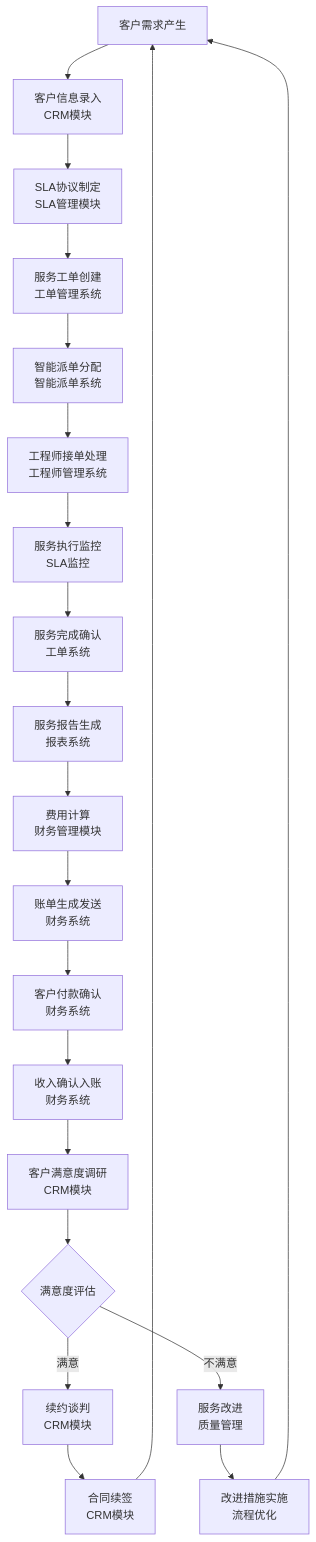
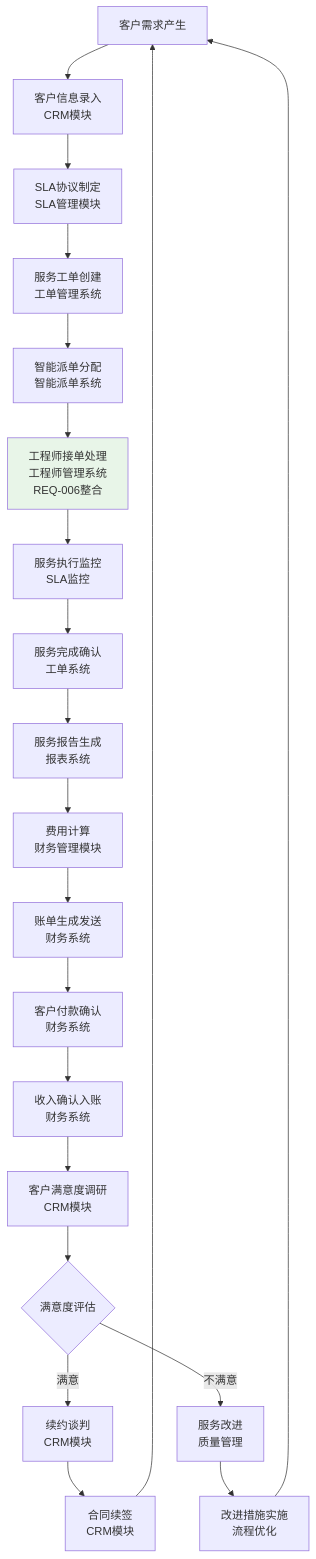
One commit to caiye1985/augment-portal changed the first of 7 diagrams in docs/global-context.md. Above: the diagram before and after it, drawn with Mermaid. The commit also changed other lines of this file and 66 other files, not shown here.

````diff
--- a/docs/global-context.md
+++ b/docs/global-context.md
@@ -231,23 +296,25 @@
 ```mermaid
 graph TD
     A[客户需求产生] --> B[客户信息录入<br/>CRM模块]
     B --> C[SLA协议制定<br/>SLA管理模块]
     C --> D[服务工单创建<br/>工单管理系统]
     D --> E[智能派单分配<br/>智能派单系统]
-    E --> F[工程师接单处理<br/>工程师管理系统]
+    E --> F[工程师接单处理<br/>工程师管理系统<br/>REQ-006整合]
     F --> G[服务执行监控<br/>SLA监控]
     G --> H[服务完成确认<br/>工单系统]
     H --> I[服务报告生成<br/>报表系统]
     I --> J[费用计算<br/>财务管理模块]
     J --> K[账单生成发送<br/>财务系统]
     K --> L[客户付款确认<br/>财务系统]
     L --> M[收入确认入账<br/>财务系统]
     M --> N[客户满意度调研<br/>CRM模块]
     N --> O{满意度评估}
     O -->|满意| P[续约谈判<br/>CRM模块]
     O -->|不满意| Q[服务改进<br/>质量管理]
     P --> R[合同续签<br/>CRM模块]
     Q --> S[改进措施实施<br/>流程优化]
     R --> A
     S --> A
+
+    style F fill:#e8f5e8
 ```
````
